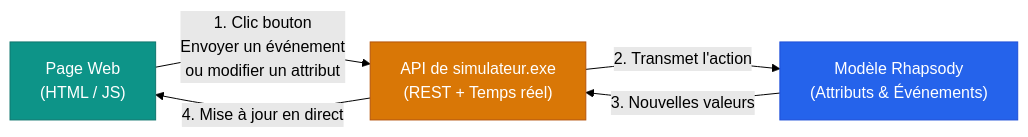
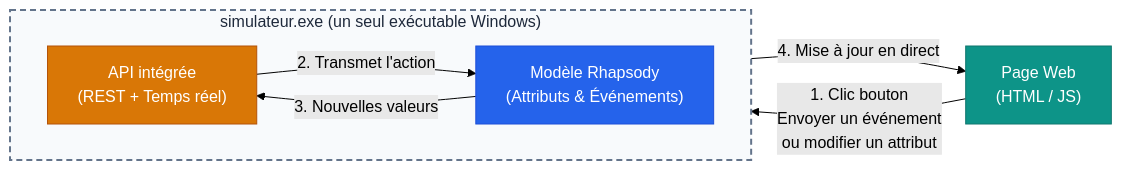
Before and after one commit to benoitdekeyn/rhapsody_webapp_builder: the second of 2 diagrams in tutoriel/Tutoriel.md, drawn with Mermaid (forest theme). The commit also changed 2 other files, not shown here.

Commit message:
màj tuto

````diff
--- a/tutoriel/Tutoriel.md
+++ b/tutoriel/Tutoriel.md
@@ -196,19 +196,24 @@
 ```mermaid
 flowchart LR
   UI["Page Web\n(HTML / JS)"]
-  API["API de simulateur.exe\n(REST + Temps réel)"]
-  MOD["Modèle Rhapsody\n(Attributs & Événements)"]
+
+  subgraph EXE["simulateur.exe (un seul exécutable Windows)"]
+    direction LR
+    API["API intégrée\n(REST + Temps réel)"]
+    MOD["Modèle Rhapsody\n(Attributs & Événements)"]
+  end
 
   UI -->|"1. Clic bouton\nEnvoyer un événement\nou modifier un attribut"| API
   API -->|"2. Transmet l'action"| MOD
   MOD -->|"3. Nouvelles valeurs"| API
   API -->|"4. Mise à jour en direct"| UI
 
   classDef web fill:#0d9488,stroke:#0f766e,color:#fff
   classDef api fill:#d97706,stroke:#b45309,color:#fff
   classDef mod fill:#2563eb,stroke:#1d4ed8,color:#fff
 
   class UI web
   class API api
   class MOD mod
+  style EXE fill:#f8fafc,stroke:#64748b,stroke-width:2px,stroke-dasharray:6 4,color:#1e293b
 ```
````
